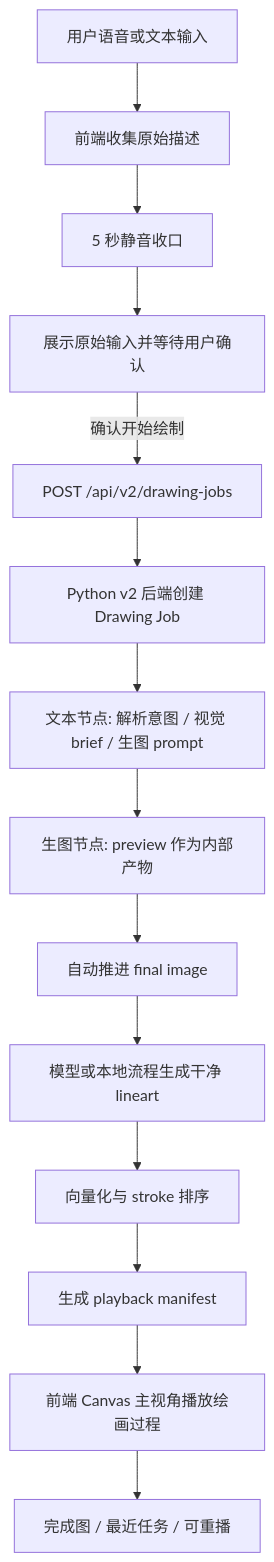
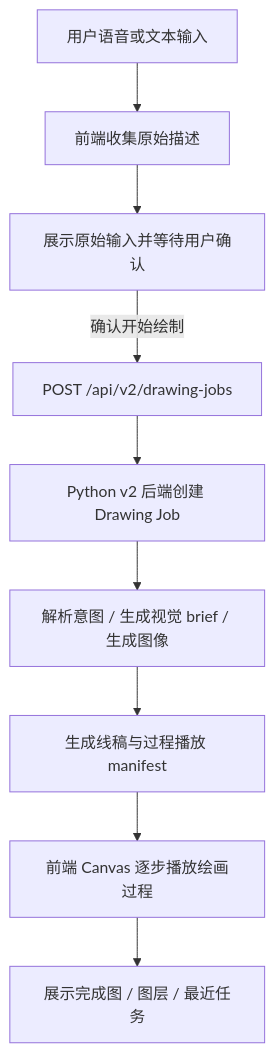
One commit to ZIFeIYUuuuuuu/VocaSketch changed the diagram in README.md. Above: the diagram before and after it, drawn with Mermaid. The commit also changed other lines of this file, not shown here.

````diff
--- a/README.md
+++ b/README.md
@@ -116,16 +87,11 @@
 ```mermaid
 flowchart TD
   A["用户语音或文本输入"] --> B["前端收集原始描述"]
-  B --> C["5 秒静音收口"]
-  C --> D["展示原始输入并等待用户确认"]
-  D -->|确认开始绘制| E["POST /api/v2/drawing-jobs"]
-  E --> F["Python v2 后端创建 Drawing Job"]
-  F --> G["文本节点: 解析意图 / 视觉 brief / 生图 prompt"]
-  G --> H["生图节点: preview 作为内部产物"]
-  H --> I["自动推进 final image"]
-  I --> J["模型或本地流程生成干净 lineart"]
-  J --> K["向量化与 stroke 排序"]
-  K --> L["生成 playback manifest"]
-  L --> M["前端 Canvas 主视角播放绘画过程"]
-  M --> N["完成图 / 最近任务 / 可重播"]
+  B --> C["展示原始输入并等待用户确认"]
+  C -->|确认开始绘制| D["POST /api/v2/drawing-jobs"]
+  D --> E["Python v2 后端创建 Drawing Job"]
+  E --> F["解析意图 / 生成视觉 brief / 生成图像"]
+  F --> G["生成线稿与过程播放 manifest"]
+  G --> H["前端 Canvas 逐步播放绘画过程"]
+  H --> I["展示完成图 / 图层 / 最近任务"]
 ```
````
